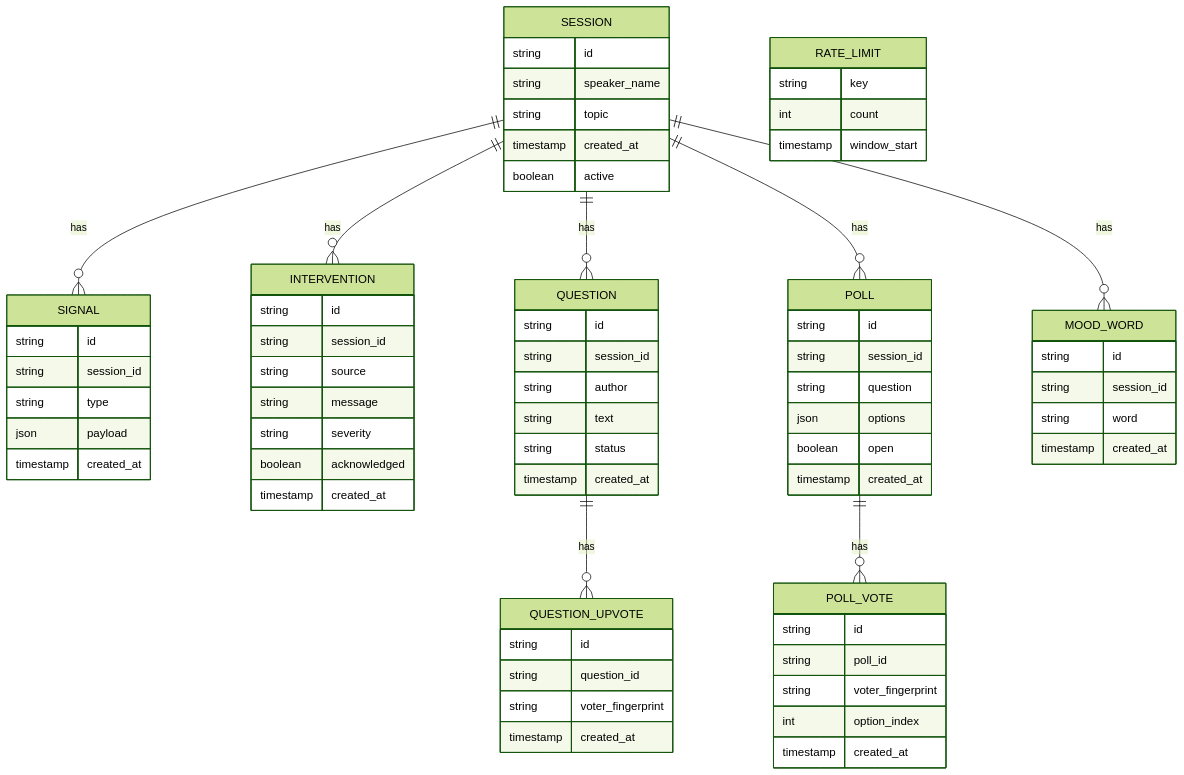
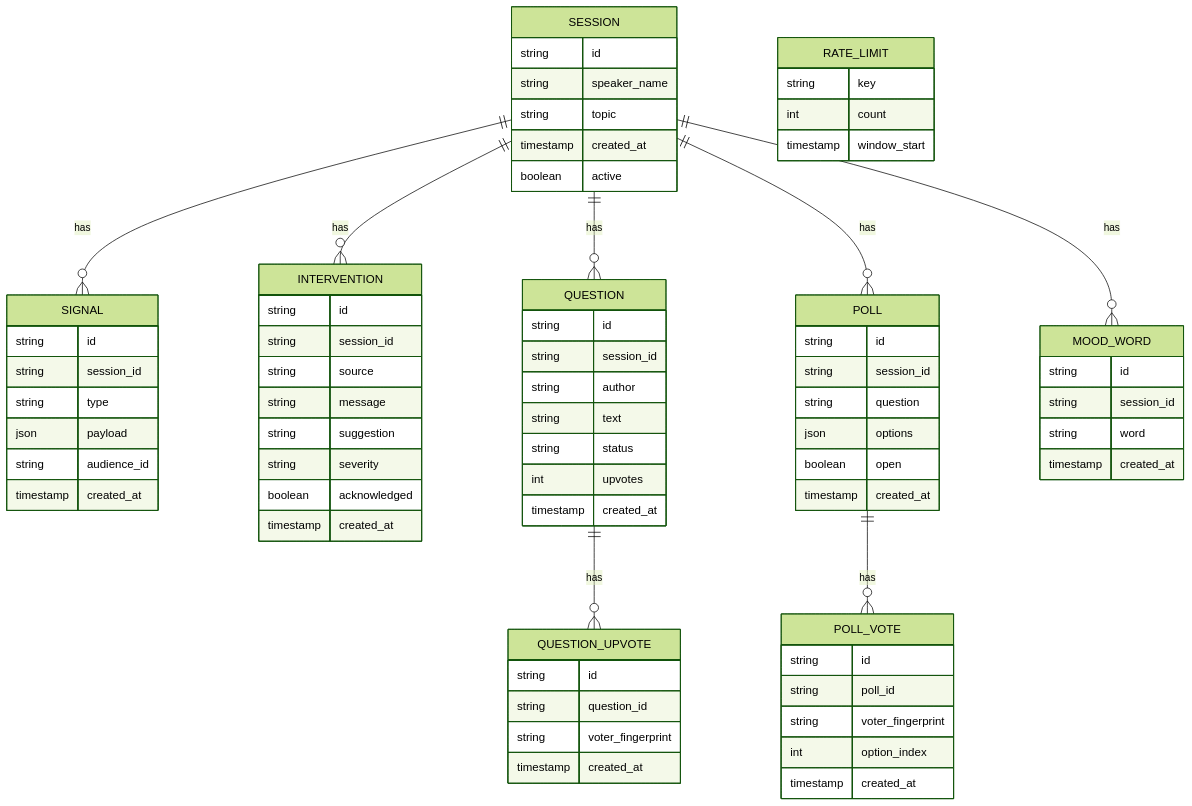
The ninth of 10 diagrams in PULSE_ARCHITECTUREPLAN.md (arvinder004/PULSE_HACKBYTE4.0), drawn with Mermaid (forest theme) before and after one commit. The commit also changed other lines of this file, not shown here.

```diff
--- a/PULSE_ARCHITECTUREPLAN.md
+++ b/PULSE_ARCHITECTUREPLAN.md
@@ -337,14 +482,16 @@
         string session_id
         string type
         json payload
+        string audience_id
         timestamp created_at
     }
 
     INTERVENTION {
         string id
         string session_id
-      string source
+        string source
         string message
+        string suggestion
         string severity
         boolean acknowledged
         timestamp created_at
@@ -355,7 +502,8 @@
         string session_id
         string author
         string text
-      string status
+        string status
+        int upvotes
         timestamp created_at
     }
 
```
